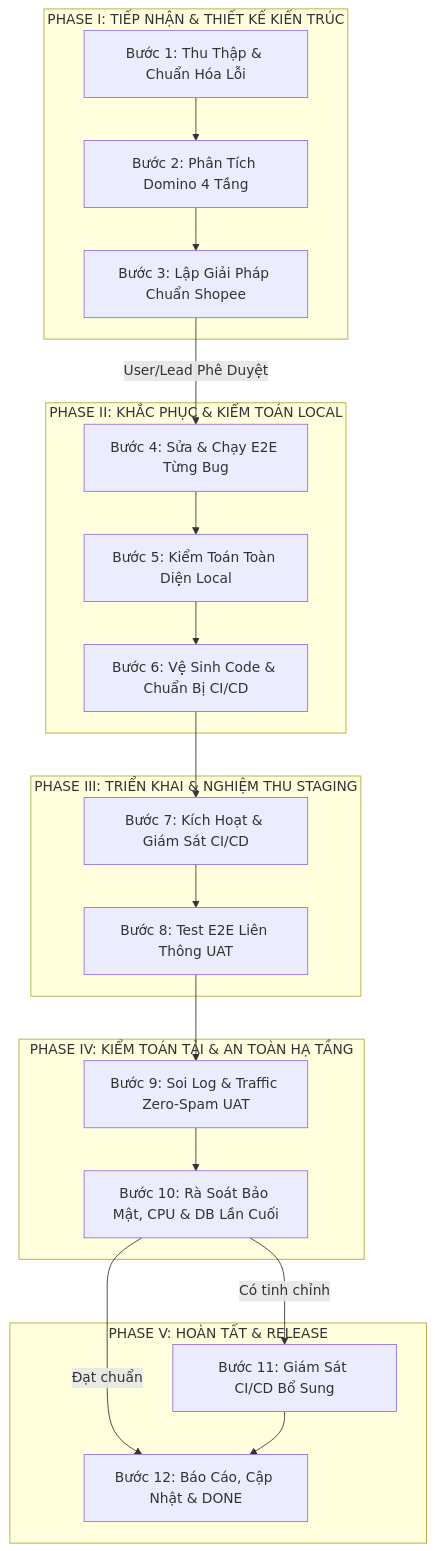
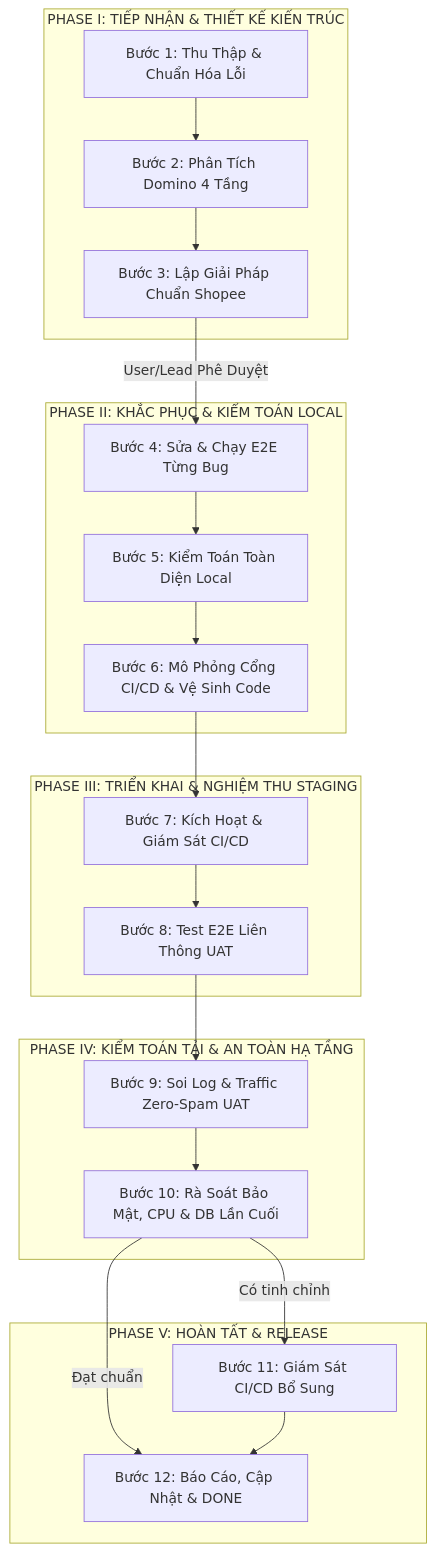
Before and after one commit to huynhgiahuy236/huki-ebook: the second of 2 diagrams in readme-bug.md, drawn with Mermaid. The commit also changed other lines of this file, not shown here.

````diff
--- a/readme-bug.md
+++ b/readme-bug.md
@@ -56,29 +56,29 @@
 ```mermaid
 flowchart TD
     subgraph PHASE_1["PHASE I: TIẾP NHẬN & THIẾT KẾ KIẾN TRÚC"]
         S1["Bước 1: Thu Thập & Chuẩn Hóa Lỗi"] --> S2["Bước 2: Phân Tích Domino 4 Tầng"]
         S2 --> S3["Bước 3: Lập Giải Pháp Chuẩn Shopee"]
     end
 
     subgraph PHASE_2["PHASE II: KHẮC PHỤC & KIỂM TOÁN LOCAL"]
         S3 -->|"User/Lead Phê Duyệt"| S4["Bước 4: Sửa & Chạy E2E Từng Bug"]
         S4 --> S5["Bước 5: Kiểm Toán Toàn Diện Local"]
-        S5 --> S6["Bước 6: Vệ Sinh Code & Chuẩn Bị CI/CD"]
+        S5 --> S6["Bước 6: Mô Phỏng Cổng CI/CD & Vệ Sinh Code"]
     end
 
     subgraph PHASE_3["PHASE III: TRIỂN KHAI & NGHIỆM THU STAGING"]
         S6 --> S7["Bước 7: Kích Hoạt & Giám Sát CI/CD"]
         S7 --> S8["Bước 8: Test E2E Liên Thông UAT"]
     end
 
     subgraph PHASE_4["PHASE IV: KIỂM TOÁN TẢI & AN TOÀN HẠ TẦNG"]
         S8 --> S9["Bước 9: Soi Log & Traffic Zero-Spam UAT"]
         S9 --> S10["Bước 10: Rà Soát Bảo Mật, CPU & DB Lần Cuối"]
     end
 
     subgraph PHASE_5["PHASE V: HOÀN TẤT & RELEASE"]
         S10 -->|"Có tinh chỉnh"| S11["Bước 11: Giám Sát CI/CD Bổ Sung"]
         S10 -->|"Đạt chuẩn"| S12["Bước 12: Báo Cáo, Cập Nhật & DONE"]
         S11 --> S12
     end
 ```
````
